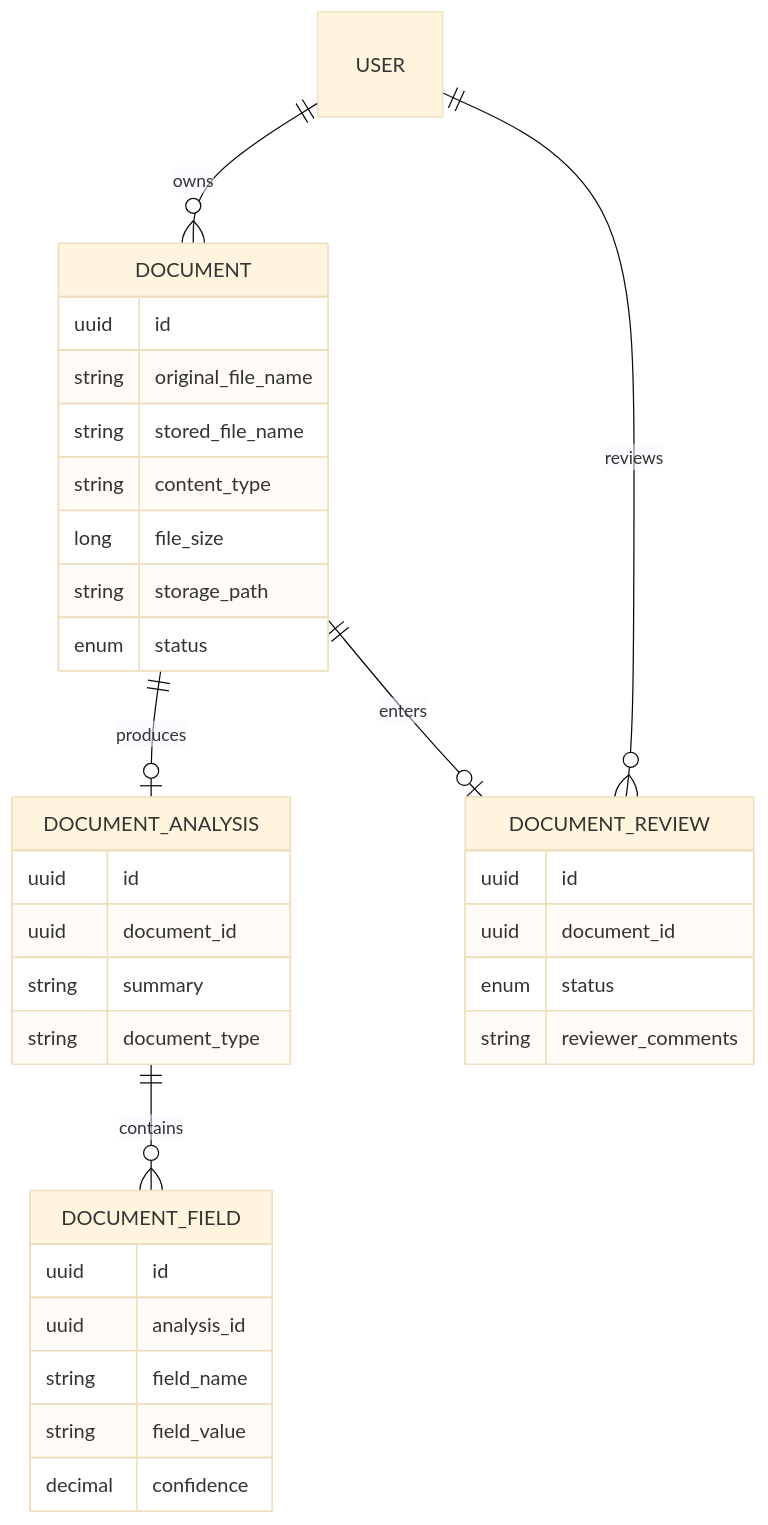
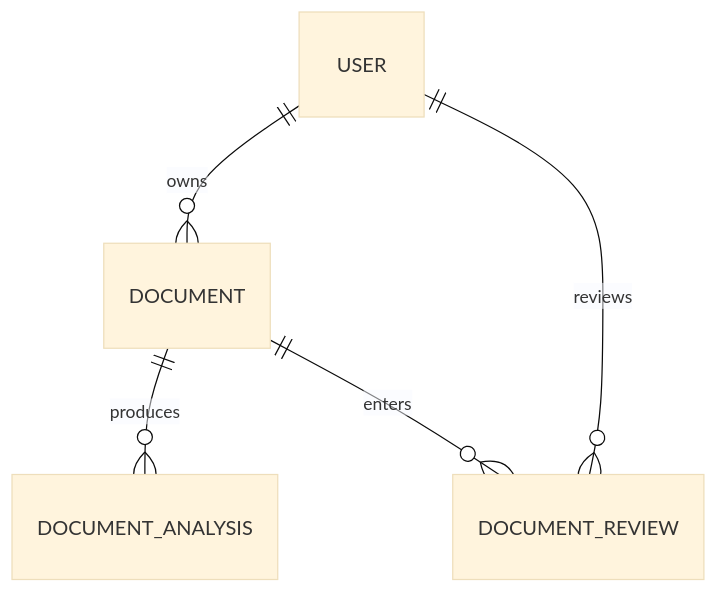
Before and after one commit to SumitDhara/AccordIQ: the third of 4 diagrams in README.md, drawn with Mermaid (base theme). The commit also changed other lines of this file, not shown here.

````diff
--- a/README.md
+++ b/README.md
@@ -586,40 +286,7 @@
-``` mermaid
+```mermaid
 erDiagram
     USER ||--o{ DOCUMENT : owns
-    DOCUMENT ||--o| DOCUMENT_ANALYSIS : produces
-    DOCUMENT_ANALYSIS ||--o{ DOCUMENT_FIELD : contains
-    DOCUMENT ||--o| DOCUMENT_REVIEW : enters
+    DOCUMENT ||--o{ DOCUMENT_ANALYSIS : produces
+    DOCUMENT ||--o{ DOCUMENT_REVIEW : enters
     USER ||--o{ DOCUMENT_REVIEW : reviews
-
-    DOCUMENT {
-        uuid id
-        string original_file_name
-        string stored_file_name
-        string content_type
-        long file_size
-        string storage_path
-        enum status
-    }
-
-    DOCUMENT_ANALYSIS {
-        uuid id
-        uuid document_id
-        string summary
-        string document_type
-    }
-
-    DOCUMENT_FIELD {
-        uuid id
-        uuid analysis_id
-        string field_name
-        string field_value
-        decimal confidence
-    }
-
-    DOCUMENT_REVIEW {
-        uuid id
-        uuid document_id
-        enum status
-        string reviewer_comments
-    }
 ```
````
